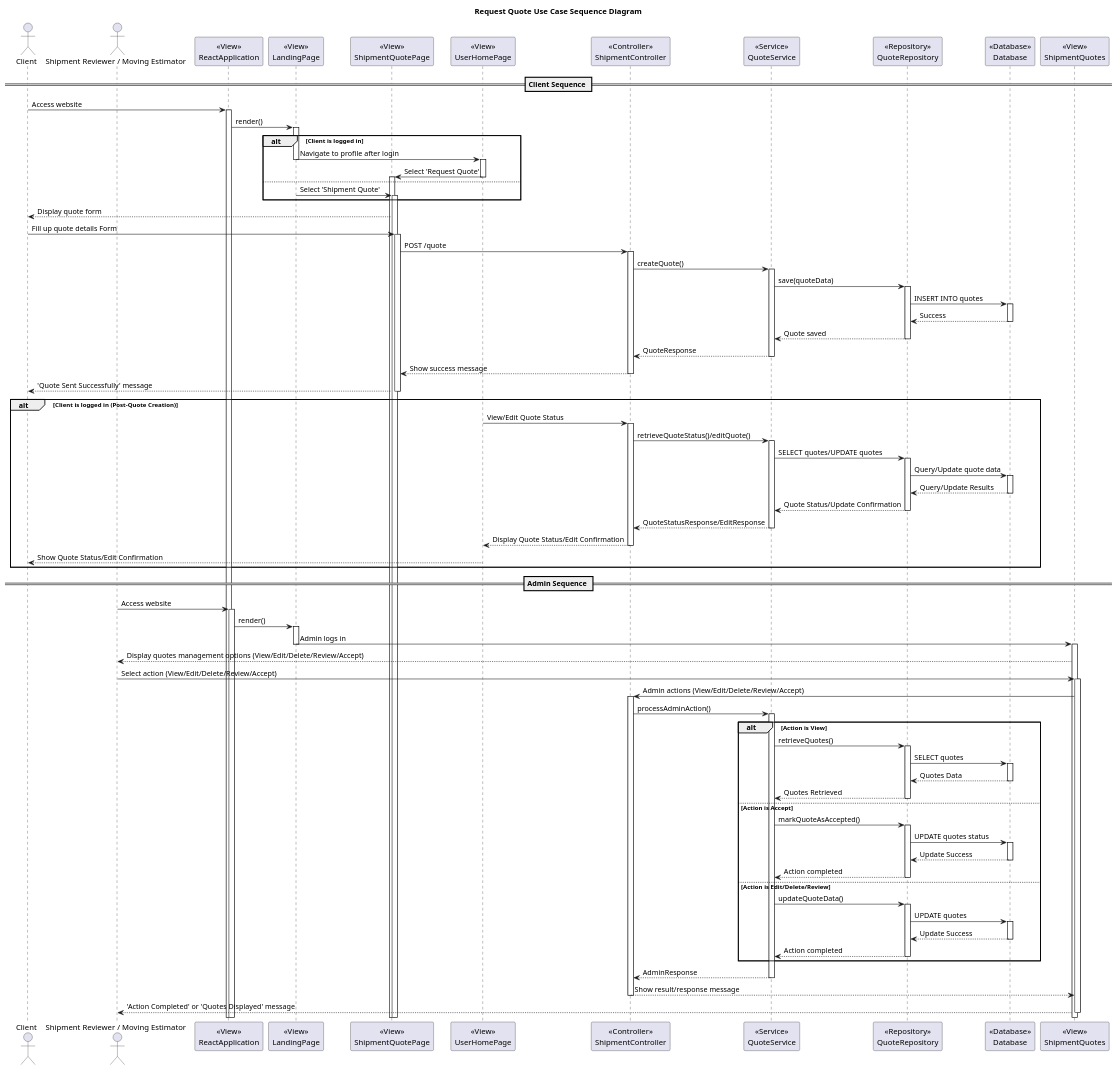
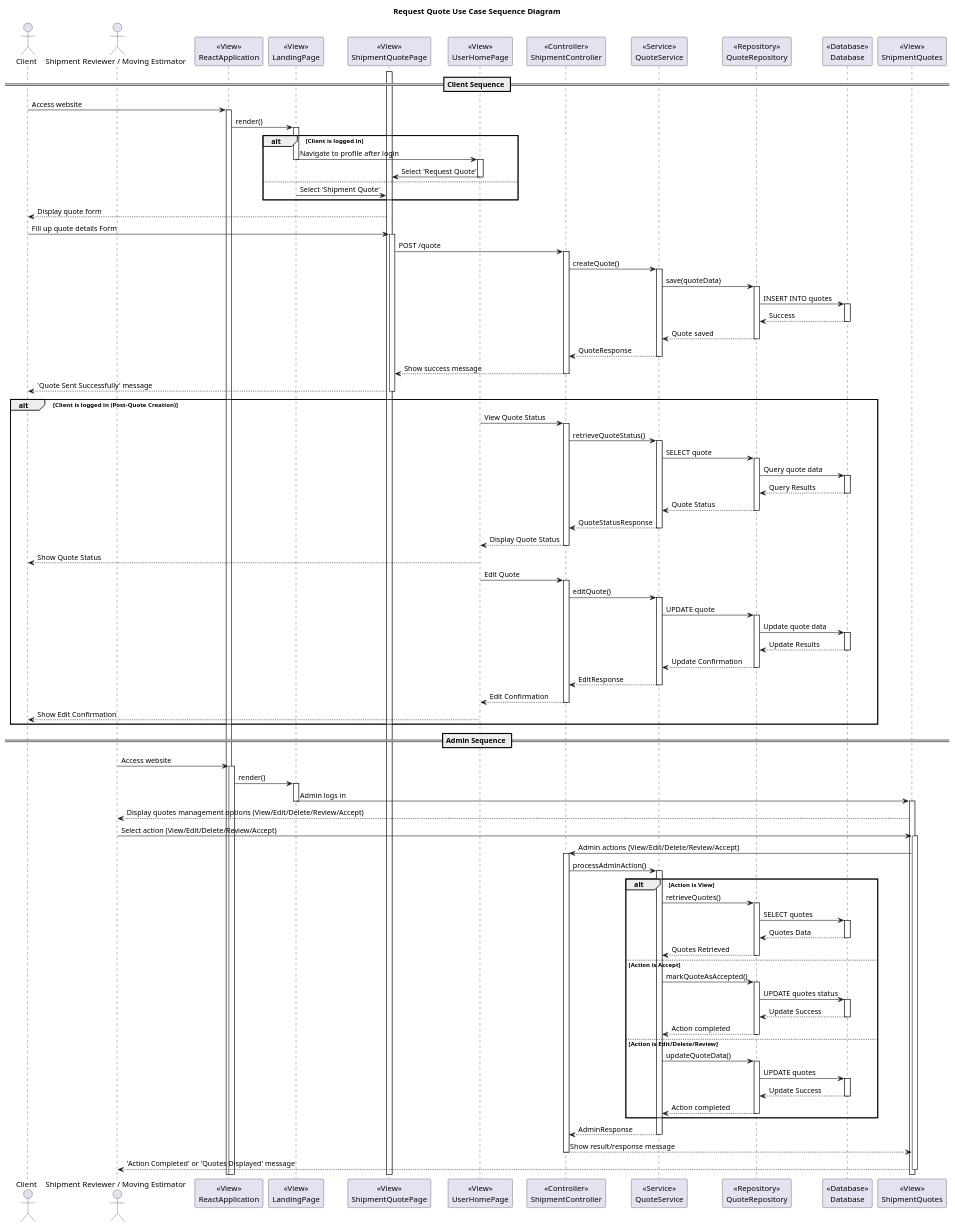
The diagram in Diagrams/Sprints/Sprint_1-Request_Quote/Design_lvl_SSD_Global.puml (nic5694/MovingExpress), drawn with PlantUML before and after one commit. The commit also changed 1 other file, not shown here.

```diff
--- a/Diagrams/Sprints/Sprint_1-Request_Quote/Design_lvl_SSD_Global.puml
+++ b/Diagrams/Sprints/Sprint_1-Request_Quote/Design_lvl_SSD_Global.puml
@@ -1,161 +1,186 @@
 @startuml
 title Request Quote Use Case Sequence Diagram
 
 actor Client
 actor "Shipment Reviewer / Moving Estimator" as Admin
 
 participant ReactApplication as "<<View>>\nReactApplication"
 participant LandingPage as "<<View>>\nLandingPage"
 participant ShipmentQuotePage as "<<View>>\nShipmentQuotePage"
 participant UserHomePage as "<<View>>\nUserHomePage"
 participant ShipmentController as "<<Controller>>\nShipmentController"
 participant QuoteService as "<<Service>>\nQuoteService"
 participant QuoteRepository as "<<Repository>>\nQuoteRepository"
 participant Database as "<<Database>>\nDatabase"
 participant ShipmentQuotes as "<<View>>\nShipmentQuotes"
 
 == Client Sequence ==
 Client -> ReactApplication : Access website
 activate ReactApplication
 
 ReactApplication -> LandingPage : render()
 activate LandingPage
 
 alt Client is logged in
     LandingPage -> UserHomePage : Navigate to profile after login
     deactivate LandingPage
     activate UserHomePage
 
     UserHomePage -> ShipmentQuotePage : Select 'Request Quote'
     deactivate UserHomePage
-    activate ShipmentQuotePage
 else
     LandingPage -> ShipmentQuotePage : Select 'Shipment Quote'
     deactivate LandingPage
-    activate ShipmentQuotePage
 end
+activate ShipmentQuotePage
 
 ShipmentQuotePage --> Client : Display quote form
 Client -> ShipmentQuotePage : Fill up quote details Form
 activate ShipmentQuotePage
 
 ShipmentQuotePage -> ShipmentController : POST /quote
 activate ShipmentController
 
 ShipmentController -> QuoteService : createQuote()
 activate QuoteService
 
 QuoteService -> QuoteRepository : save(quoteData)
 activate QuoteRepository
 
 QuoteRepository -> Database : INSERT INTO quotes
 activate Database
 Database --> QuoteRepository : Success
 deactivate Database
 
 QuoteRepository --> QuoteService : Quote saved
 deactivate QuoteRepository
 
 QuoteService --> ShipmentController : QuoteResponse
 deactivate QuoteService
 
 ShipmentController --> ShipmentQuotePage : Show success message
 deactivate ShipmentController
 
 ShipmentQuotePage --> Client : 'Quote Sent Successfully' message
 deactivate ShipmentQuotePage
 
 alt Client is logged in (Post-Quote Creation)
-    UserHomePage -> ShipmentController : View/Edit Quote Status
+    UserHomePage -> ShipmentController : View Quote Status
     activate ShipmentController
 
-    ShipmentController -> QuoteService : retrieveQuoteStatus()/editQuote()
+    ShipmentController -> QuoteService : retrieveQuoteStatus()
     activate QuoteService
 
-    QuoteService -> QuoteRepository : SELECT quotes/UPDATE quotes
+    QuoteService -> QuoteRepository : SELECT quote
     activate QuoteRepository
 
-    QuoteRepository -> Database : Query/Update quote data
+    QuoteRepository -> Database : Query quote data
     activate Database
-    Database --> QuoteRepository : Query/Update Results
+    Database --> QuoteRepository : Query Results
     deactivate Database
 
-    QuoteRepository --> QuoteService : Quote Status/Update Confirmation
+    QuoteRepository --> QuoteService : Quote Status
     deactivate QuoteRepository
 
-    QuoteService --> ShipmentController : QuoteStatusResponse/EditResponse
+    QuoteService --> ShipmentController : QuoteStatusResponse
     deactivate QuoteService
 
-    ShipmentController --> UserHomePage : Display Quote Status/Edit Confirmation
+    ShipmentController --> UserHomePage : Display Quote Status
     deactivate ShipmentController
 
-    UserHomePage --> Client : Show Quote Status/Edit Confirmation
+    UserHomePage --> Client : Show Quote Status
+    deactivate UserHomePage
+
+    UserHomePage -> ShipmentController : Edit Quote
+    activate ShipmentController
+
+    ShipmentController -> QuoteService : editQuote()
+    activate QuoteService
+
+    QuoteService -> QuoteRepository : UPDATE quote
+    activate QuoteRepository
+
+    QuoteRepository -> Database : Update quote data
+    activate Database
+    Database --> QuoteRepository : Update Results
+    deactivate Database
+
+    QuoteRepository --> QuoteService : Update Confirmation
+    deactivate QuoteRepository
+
+    QuoteService --> ShipmentController : EditResponse
+    deactivate QuoteService
+
+    ShipmentController --> UserHomePage : Edit Confirmation
+    deactivate ShipmentController
+
+    UserHomePage --> Client : Show Edit Confirmation
     deactivate UserHomePage
 end
 
 == Admin Sequence ==
 Admin -> ReactApplication : Access website
 activate ReactApplication
 
 ReactApplication -> LandingPage : render()
 activate LandingPage
 
 LandingPage -> ShipmentQuotes : Admin logs in
 deactivate LandingPage
 activate ShipmentQuotes
 
 ShipmentQuotes --> Admin : Display quotes management options (View/Edit/Delete/Review/Accept)
 Admin -> ShipmentQuotes : Select action (View/Edit/Delete/Review/Accept)
 activate ShipmentQuotes
 
 ShipmentQuotes -> ShipmentController : Admin actions (View/Edit/Delete/Review/Accept)
 activate ShipmentController
 
 ShipmentController -> QuoteService : processAdminAction()
 activate QuoteService
 
 alt Action is View
     QuoteService -> QuoteRepository : retrieveQuotes()
     activate QuoteRepository
 
     QuoteRepository -> Database : SELECT quotes
     activate Database
     Database --> QuoteRepository : Quotes Data
     deactivate Database
 
     QuoteRepository --> QuoteService : Quotes Retrieved
     deactivate QuoteRepository
 else Action is Accept
     QuoteService -> QuoteRepository : markQuoteAsAccepted()
     activate QuoteRepository
 
     QuoteRepository -> Database : UPDATE quotes status
     activate Database
     Database --> QuoteRepository : Update Success
     deactivate Database
 
     QuoteRepository --> QuoteService : Action completed
     deactivate QuoteRepository
 else Action is Edit/Delete/Review
     QuoteService -> QuoteRepository : updateQuoteData()
     activate QuoteRepository
 
     QuoteRepository -> Database : UPDATE quotes
     activate Database
     Database --> QuoteRepository : Update Success
     deactivate Database
 
     QuoteRepository --> QuoteService : Action completed
     deactivate QuoteRepository
 end
 
 QuoteService --> ShipmentController : AdminResponse
 deactivate QuoteService
 
 ShipmentController --> ShipmentQuotes : Show result/response message
 deactivate ShipmentController
 
 ShipmentQuotes --> Admin : 'Action Completed' or 'Quotes Displayed' message
 deactivate ShipmentQuotes
 
 @enduml
```
